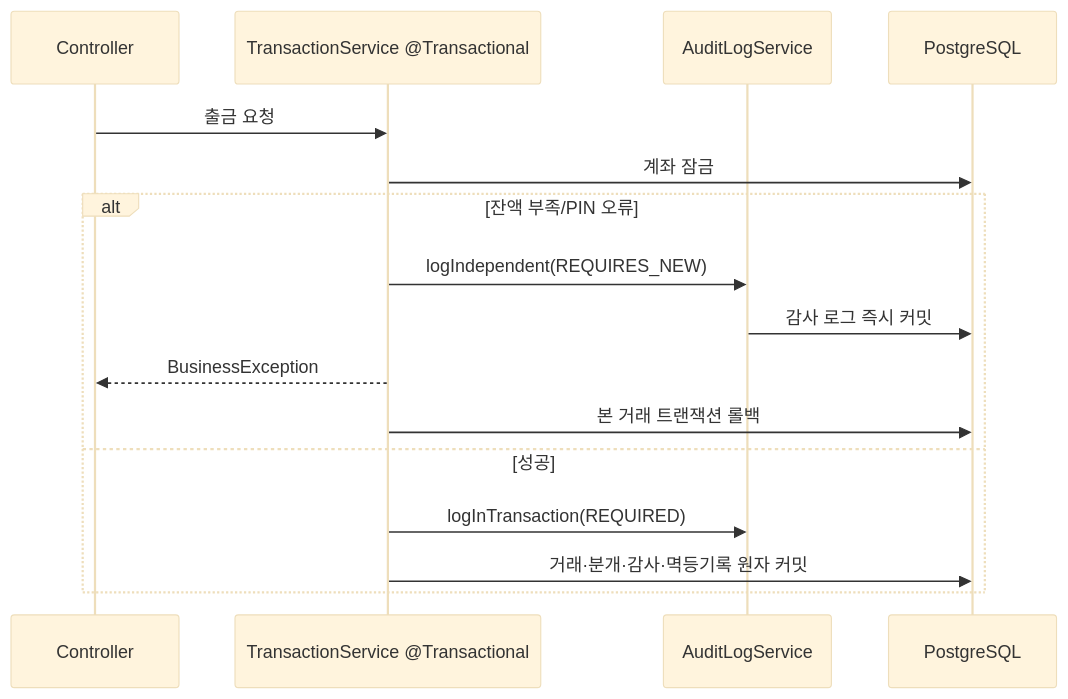
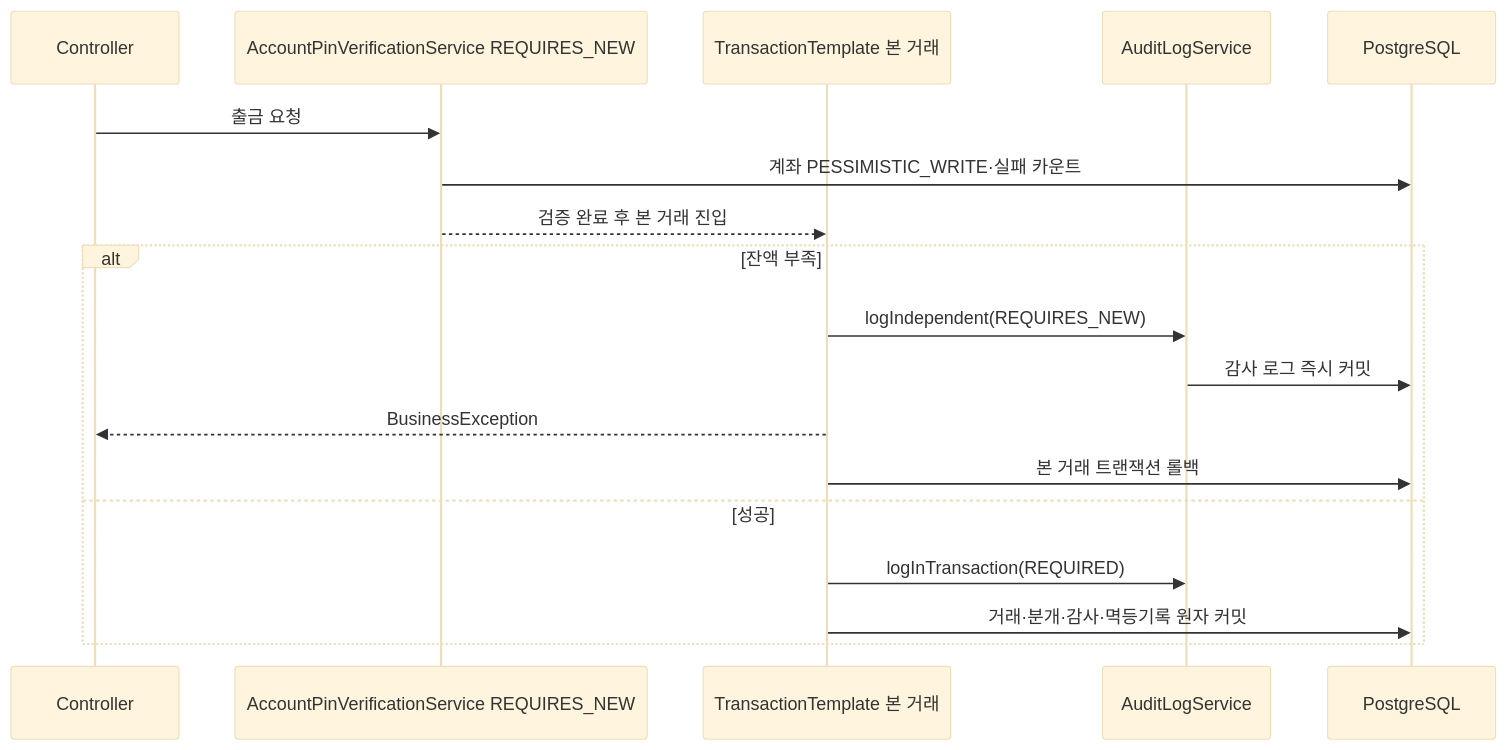
The seventh of 7 diagrams in docs/study/M1-core-ledger.md (StrangeJun/mini-corebank), drawn with Mermaid (base theme) before and after one commit. The commit also changed other lines of this file and 16 other files, not shown here.

````diff
--- a/docs/study/M1-core-ledger.md
+++ b/docs/study/M1-core-ledger.md
@@ -131,18 +168,20 @@
 ```mermaid
 sequenceDiagram
     participant C as Controller
-    participant T as TransactionService @Transactional
+    participant Pin as AccountPinVerificationService REQUIRES_NEW
+    participant T as TransactionTemplate 본 거래
     participant A as AuditLogService
     participant DB as PostgreSQL
-    C->>T: 출금 요청
-    T->>DB: 계좌 잠금
-    alt 잔액 부족/PIN 오류
+    C->>Pin: 출금 요청
+    Pin->>DB: 계좌 PESSIMISTIC_WRITE·실패 카운트
+    Pin-->>T: 검증 완료 후 본 거래 진입
+    alt 잔액 부족
         T->>A: logIndependent(REQUIRES_NEW)
         A->>DB: 감사 로그 즉시 커밋
         T-->>C: BusinessException
         T->>DB: 본 거래 트랜잭션 롤백
     else 성공
         T->>A: logInTransaction(REQUIRED)
         T->>DB: 거래·분개·감사·멱등기록 원자 커밋
     end
 ```
````
